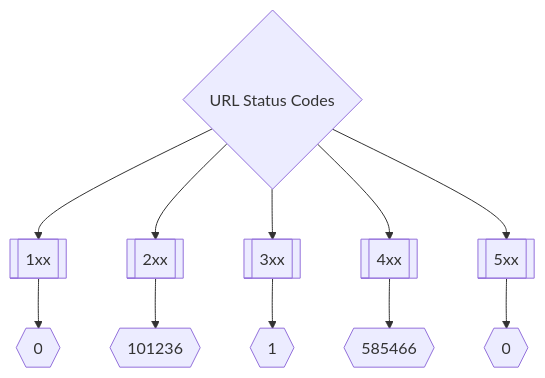
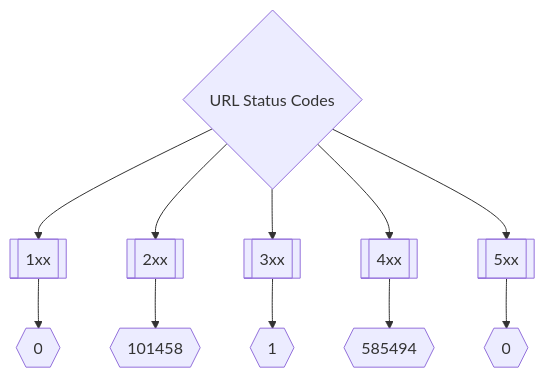
One commit to trickest/inventory changed the second of 3 diagrams in README.md. Above: the diagram before and after it, drawn with Mermaid. The commit also changed other lines of this file, not shown here.

Commit message:
Update README.md Sat Jul 30 21:20:37 UTC 2022

````diff
--- a/README.md
+++ b/README.md
@@ -175,8 +175,8 @@
 ```mermaid
 graph TD
 title{URL Status Codes} --> 1xx[[1xx]] --> status1xxNum{{0}}
-title --> 2xx[[2xx]] --> status2xxNum{{101236}}
+title --> 2xx[[2xx]] --> status2xxNum{{101458}}
 title --> 3xx[[3xx]] --> status3xxNum{{1}}
-title --> 4xx[[4xx]] --> status4xxNum{{585466}}
+title --> 4xx[[4xx]] --> status4xxNum{{585494}}
 title --> 5xx[[5xx]] --> status5xxNum{{0}}
 ```
````
